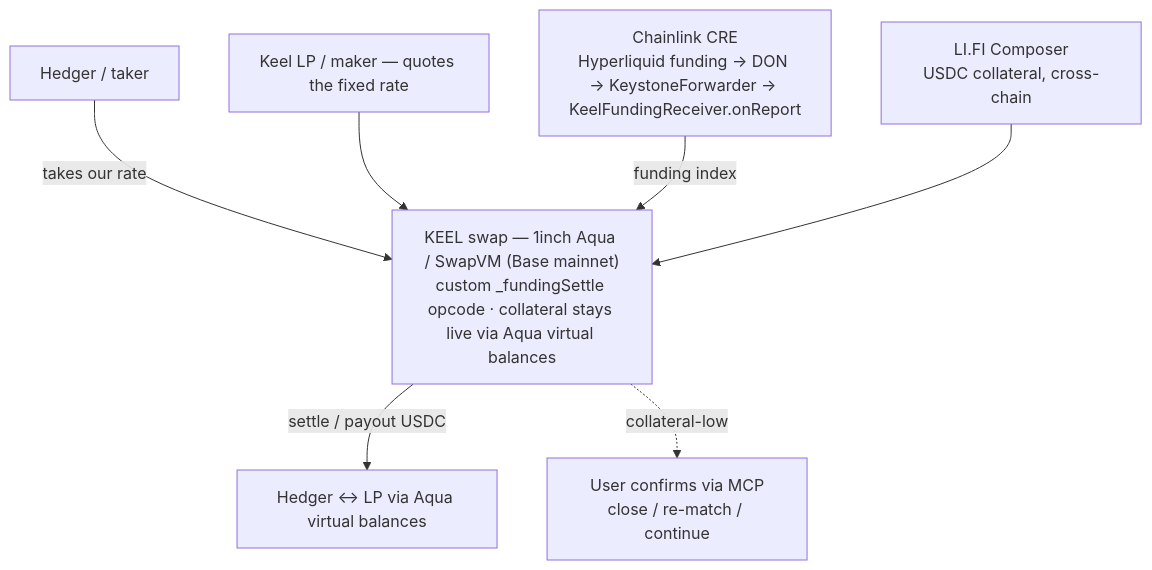
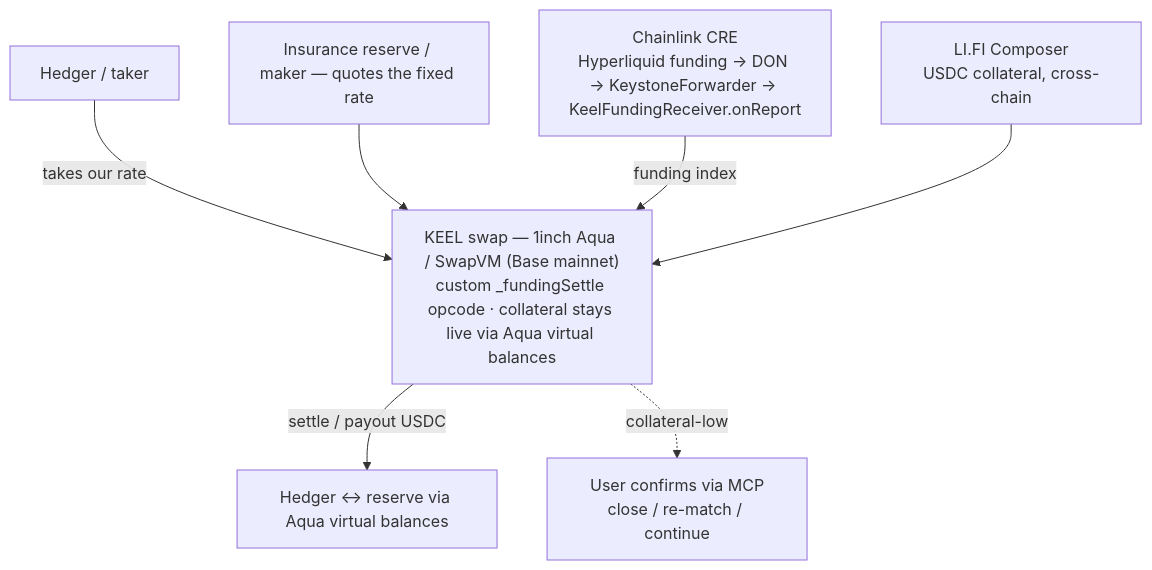
Before and after one commit to 0xYudhishthra/TenorFi: the first of 2 diagrams in README.md, drawn with Mermaid. The commit also changed other lines of this file and 4 other files, not shown here.

First line of the commit message:
docs: adopt insurance/reserve terminology repo-wide; fix flows.md to Aqua-only

````diff
--- a/README.md
+++ b/README.md
@@ -51,10 +51,10 @@
 ```mermaid
 flowchart TB
     HEDGER["Hedger / taker"] -->|takes our rate| KEEL
-    LP["Keel LP / maker — quotes the fixed rate"] --> KEEL
+    RESERVE["Insurance reserve / maker — quotes the fixed rate"] --> KEEL
     CRE["Chainlink CRE<br/>Hyperliquid funding → DON → KeystoneForwarder → KeelFundingReceiver.onReport"] -->|funding index| KEEL
     LIFI["LI.FI Composer<br/>USDC collateral, cross-chain"] --> KEEL
     KEEL["KEEL swap — 1inch Aqua / SwapVM (Base mainnet)<br/>custom _fundingSettle opcode · collateral stays live via Aqua virtual balances"]
-    KEEL -->|settle / payout USDC| OUT["Hedger ↔ LP via Aqua virtual balances"]
+    KEEL -->|settle / payout USDC| OUT["Hedger ↔ reserve via Aqua virtual balances"]
     KEEL -.->|collateral-low| BRINK["User confirms via MCP<br/>close / re-match / continue"]
 ```
````
